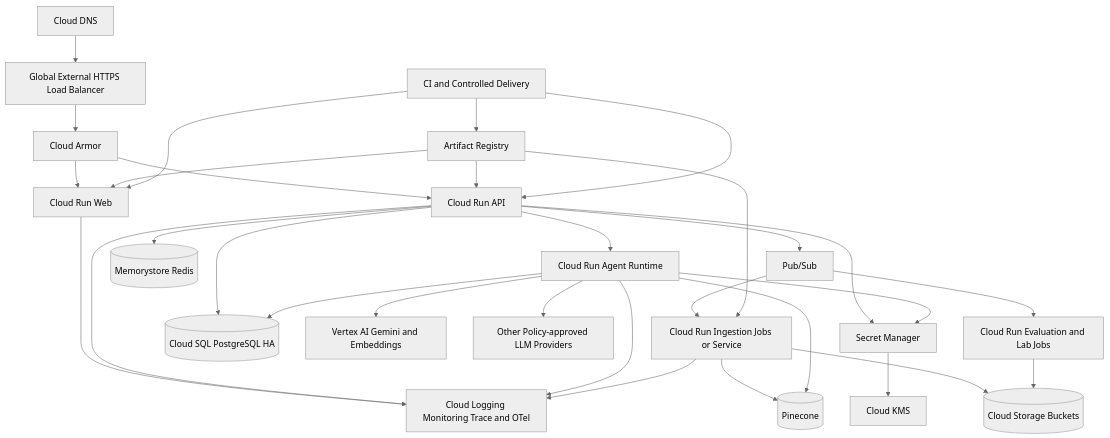
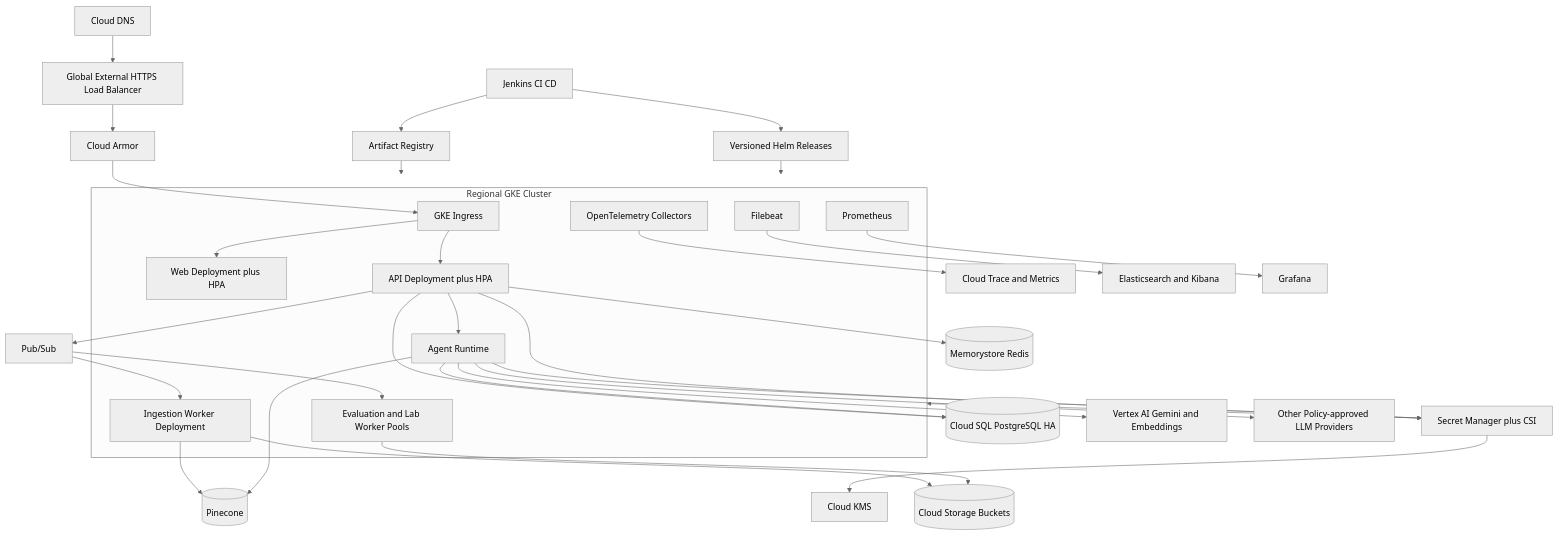
The seventh of 8 diagrams in docs/Architecture.md (MuzammilAhmedBhatti/Dynamic-Agentic-Bot), drawn with Mermaid (neutral theme) before and after one commit. The commit also changed other lines of this file and 59 other files, not shown here.

````diff
--- a/docs/Architecture.md
+++ b/docs/Architecture.md
@@ -304,33 +304,39 @@
 ```mermaid
 flowchart TB
   DNS[Cloud DNS] --> GLB[Global External HTTPS Load Balancer]
   GLB --> Armor[Cloud Armor]
-  Armor --> Web[Cloud Run Web]
-  Armor --> API[Cloud Run API]
-  API --> Agent[Cloud Run Agent Runtime]
+  Armor --> Ingress[GKE Ingress]
+  subgraph GKE[Regional GKE Cluster]
+    Ingress --> Web[Web Deployment plus HPA]
+    Ingress --> API[API Deployment plus HPA]
+    API --> Agent[Agent Runtime]
+    IW[Ingestion Worker Deployment]
+    EW[Evaluation and Lab Worker Pools]
+    OTel[OpenTelemetry Collectors]
+    Filebeat[Filebeat]
+    Prom[Prometheus]
+  end
   API --> PubSub[Pub/Sub]
-  PubSub --> IW[Cloud Run Ingestion Jobs or Service]
-  PubSub --> EW[Cloud Run Evaluation and Lab Jobs]
+  PubSub --> IW
+  PubSub --> EW
   API --> SQL[(Cloud SQL PostgreSQL HA)]
   Agent --> SQL
   API --> Redis[(Memorystore Redis)]
   IW --> GCS[(Cloud Storage Buckets)]
   EW --> GCS
   IW --> PC[(Pinecone)]
   Agent --> PC
   Agent --> Vertex[Vertex AI Gemini and Embeddings]
   Agent --> LLM[Other Policy-approved LLM Providers]
   API --> SM[Secret Manager]
   Agent --> SM
   SM --> KMS[Cloud KMS]
-  Web --> Obs[Cloud Logging Monitoring Trace and OTel]
-  API --> Obs
-  Agent --> Obs
-  IW --> Obs
-  AR[Artifact Registry] --> Web
-  AR --> API
-  AR --> IW
-  CICD[CI and Controlled Delivery] --> AR
-  CICD --> Web
-  CICD --> API
+  OTel --> Obs[Cloud Trace and Metrics]
+  Filebeat --> ELK[Elasticsearch and Kibana]
+  Prom --> Grafana[Grafana]
+  AR[Artifact Registry] --> GKE
+  Jenkins[Jenkins CI CD] --> AR
+  Jenkins --> Helm[Versioned Helm Releases]
+  Helm --> GKE
+  SM[Secret Manager plus CSI] --> GKE
 ```
````
